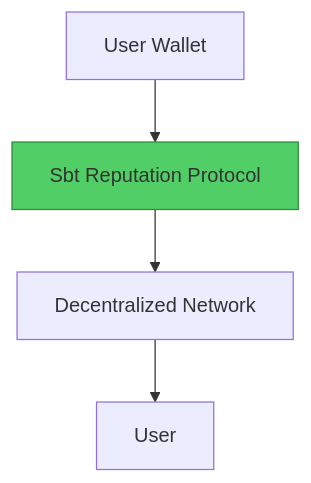
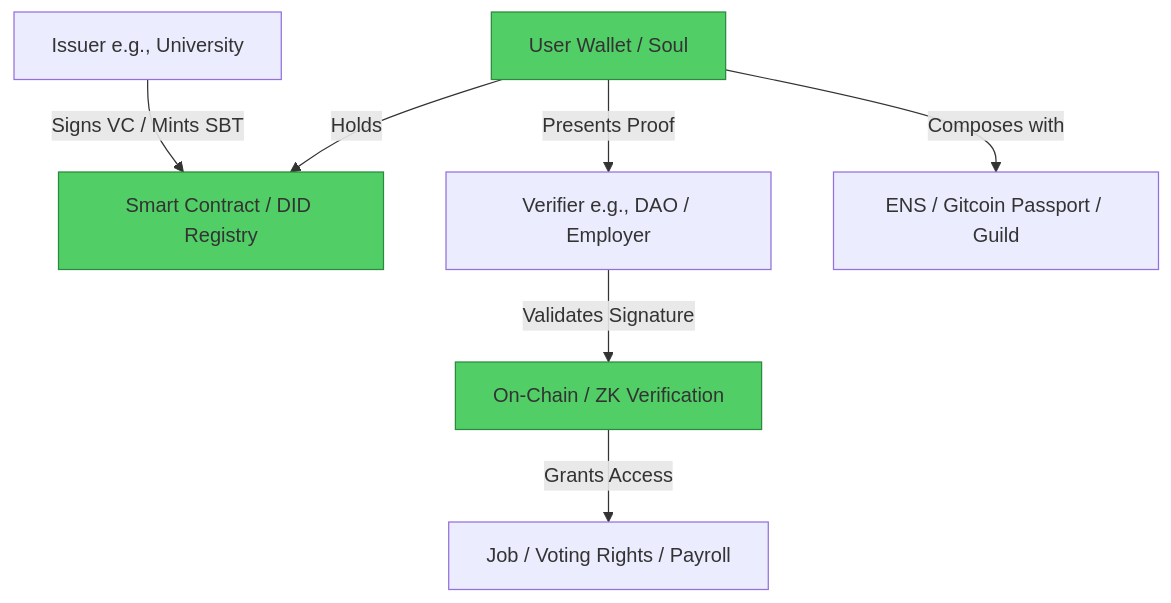
Before and after one commit to Elvatar2/Web2-To-Web3-Migration-Guide: the second of 2 diagrams in 06-identity/02-linkedin-to-sbt-reputation.md, drawn with Mermaid. The commit also changed other lines of this file, not shown here.

````diff
--- a/06-identity/02-linkedin-to-sbt-reputation.md
+++ b/06-identity/02-linkedin-to-sbt-reputation.md
@@ -63,8 +77,13 @@
 ```mermaid
 graph TB
-    A[User Wallet] --> B[Sbt Reputation Protocol]
-    B --> C[Decentralized Network]
-    C --> D[User]
+    A[Issuer e.g., University] -->|Signs VC / Mints SBT| B[Smart Contract / DID Registry]
+    C[User Wallet / Soul] -->|Holds| B
+    C -->|Presents Proof| D[Verifier e.g., DAO / Employer]
+    D -->|Validates Signature| E[On-Chain / ZK Verification]
+    E -->|Grants Access| F[Job / Voting Rights / Payroll]
+    C -->|Composes with| G[ENS / Gitcoin Passport / Guild]
 
     style B fill:#51cf66,stroke:#2b8a3e
+    style C fill:#51cf66,stroke:#2b8a3e
+    style E fill:#51cf66,stroke:#2b8a3e
 ```
````
